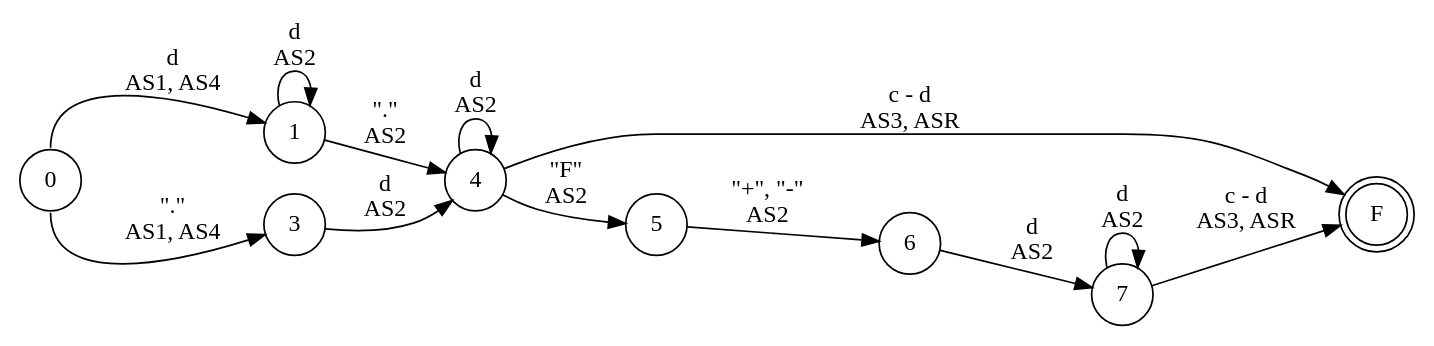
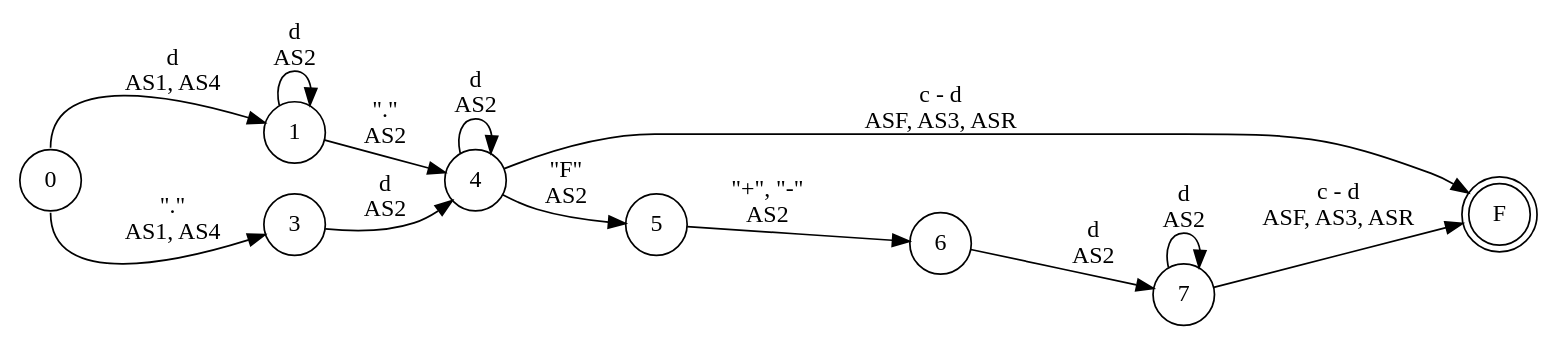
Before and after one commit to iroumec/RouVel-Compiler: the diagram in resources/FA/FADiagrams/floating.dot, drawn with Graphviz. The commit also changed 7 other files, not shown here.

```diff
--- a/resources/FA/FADiagrams/floating.dot
+++ b/resources/FA/FADiagrams/floating.dot
@@ -1,18 +1,18 @@
 digraph DFA {
     rankdir = LR;
     node [shape = circle;];
     F [shape = doublecircle;];
     
     0 -> 1 [label = "d \n AS1, AS4"; tailport = n;];
     0 -> 3 [label = "\".\" \n AS1, AS4"; tailport = s;];
     1 -> 1 [label = "d \n AS2";];
     1 -> 4 [label = "\".\" \n AS2";];
     3 -> 4 [label = "d \n AS2";];
     4 -> 4 [label = "d \n AS2";];
-    4 -> F [label = "c - d \n AS3, ASR";];
+    4 -> F [label = "c - d \n ASF, AS3, ASR";];
     4 -> 5 [label = "\"F\" \n AS2";];
     5 -> 6 [label = "\"+\", \"-\" \n AS2";];
     6 -> 7 [label = "d \n AS2";];
     7 -> 7 [label = "d \n AS2";];
-    7 -> F [label = "c - d \n AS3, ASR";];
+    7 -> F [label = "c - d \n ASF, AS3, ASR";];
 }
```
